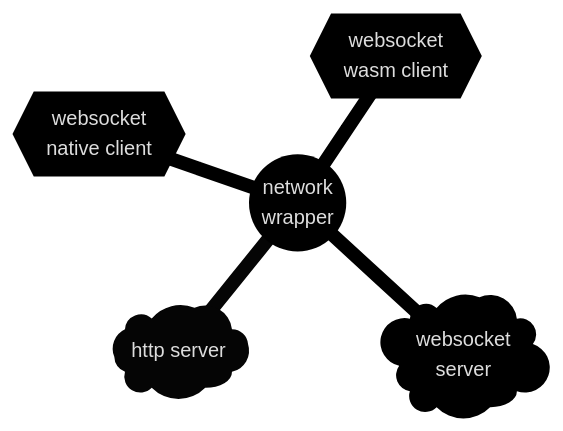
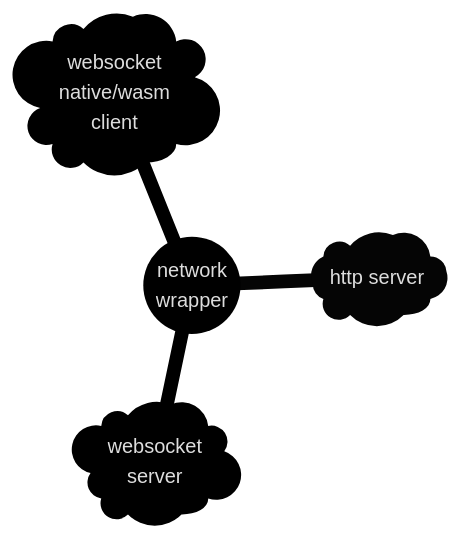
One commit to GuillaumeBouchetEpitech/all-cpp-websocket-client-server changed the fourth of 4 diagrams in README.md. Above: the diagram before and after it, drawn with Mermaid. The commit also changed other lines of this file, not shown here.

````diff
--- a/README.md
+++ b/README.md
@@ -273,27 +273,26 @@
 ```mermaid
 
 %%{
   init: {
     'theme': 'base',
     'themeVariables': {
       'primaryColor': '#242424',
       'primaryTextColor': '#DDD',
       'primaryBorderColor': '#000',
       'lineColor': '#A0A0A0',
       'secondaryColor': '#454545',
       'tertiaryColor': '#353535'
     }
   }
 }%%
 
 mindmap
   root(("network<br>wrapper"))
     http_server)"http server"(
     ws_server)"websocket<br>server"(
-    ws_native_client{{"websocket<br>native client"}}
-    ws_wasm_client{{"websocket<br>wasm client"}}
+    ws_client)"websocket<br>native/wasm<br>client"(
 
 
 
 
 ```
````
